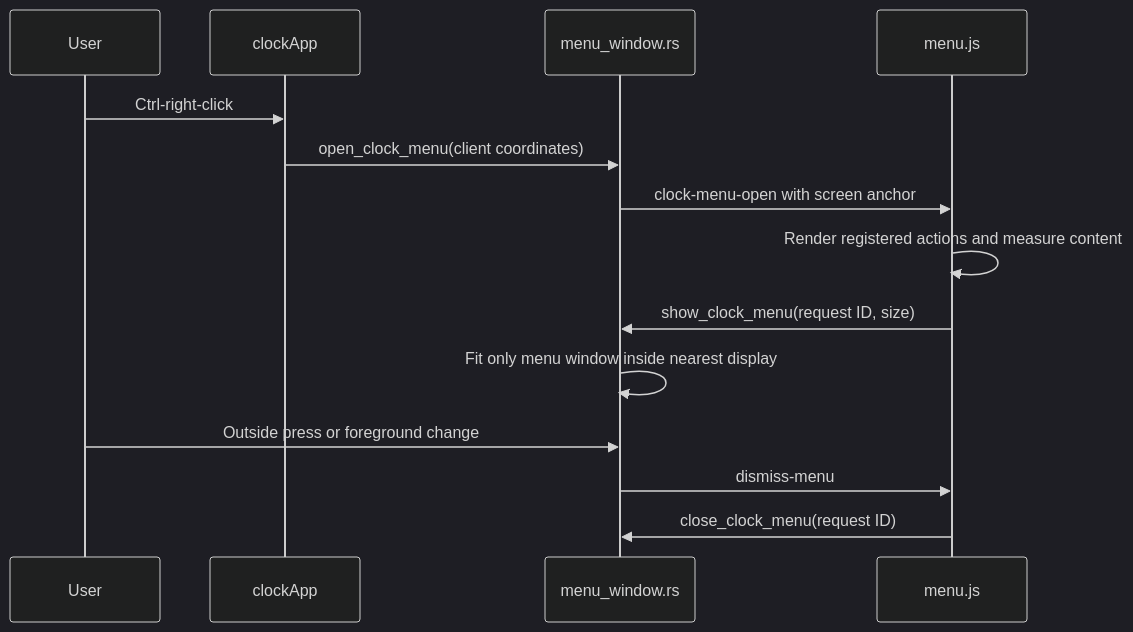
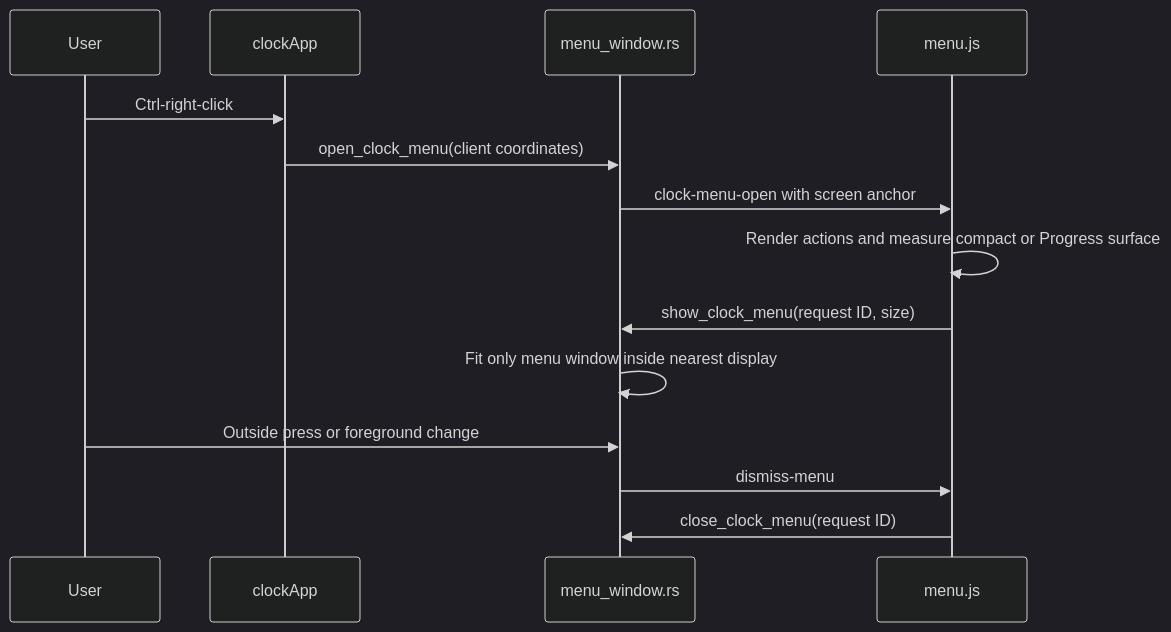
The second of 8 diagrams in src/doc/workflow_diagram.md (tbkmax/TopClock), drawn with Mermaid (dark theme) before and after one commit. The commit also changed other lines of this file and 7 other files, not shown here.

````diff
--- a/src/doc/workflow_diagram.md
+++ b/src/doc/workflow_diagram.md
@@ -32,16 +32,16 @@
 ```mermaid
 sequenceDiagram
     participant User
     participant Clock as clockApp
     participant Native as menu_window.rs
     participant Menu as menu.js
     User->>Clock: Ctrl-right-click
     Clock->>Native: open_clock_menu(client coordinates)
     Native->>Menu: clock-menu-open with screen anchor
-    Menu->>Menu: Render registered actions and measure content
+    Menu->>Menu: Render actions and measure compact or Progress surface
     Menu->>Native: show_clock_menu(request ID, size)
     Native->>Native: Fit only menu window inside nearest display
     User->>Native: Outside press or foreground change
     Native->>Menu: dismiss-menu
     Menu->>Native: close_clock_menu(request ID)
 ```
````
